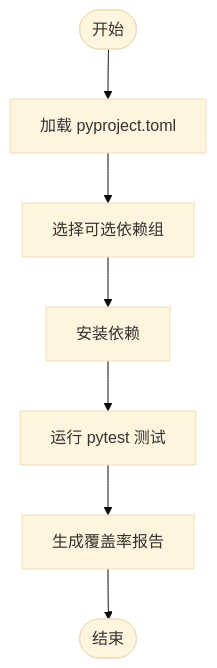
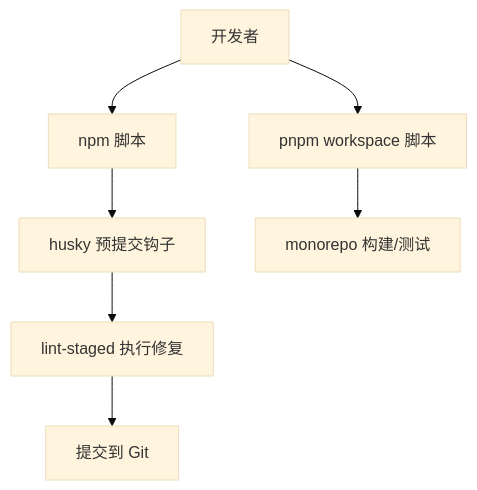
The fifth of 7 diagrams in .qoder/repowiki/zh/content/开发者指南/开发者指南.md (daoApps/daoApps), drawn with Mermaid (base theme) before and after one commit. The commit also changed other lines of this file and 205 other files, not shown here.

````diff
--- a/.qoder/repowiki/zh/content/开发者指南/开发者指南.md
+++ b/.qoder/repowiki/zh/content/开发者指南/开发者指南.md
@@ -262,9 +233,9 @@
 ```mermaid
 flowchart TD
-StartPy(["开始"]) --> LoadPyProj["加载 pyproject.toml"]
-LoadPyProj --> SelectDeps["选择可选依赖组"]
-SelectDeps --> Install["安装依赖"]
-Install --> Test["运行 pytest 测试"]
-Test --> Coverage["生成覆盖率报告"]
-Coverage --> EndPy(["结束"])
+Dev["开发者"] --> NPM["npm 脚本"]
+Dev --> PNPM["pnpm workspace 脚本"]
+NPM --> Husky["husky 预提交钩子"]
+Husky --> LintStaged["lint-staged 执行修复"]
+LintStaged --> Git["提交到 Git"]
+PNPM --> Build["monorepo 构建/测试"]
 ```
````
